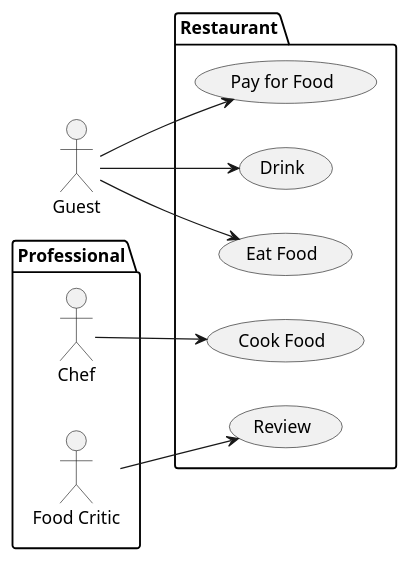
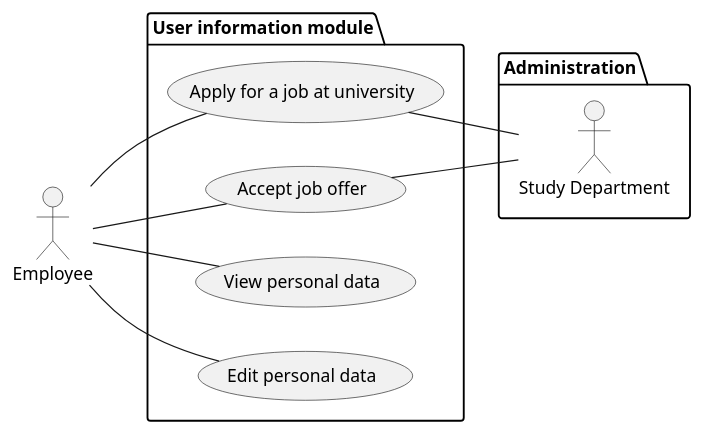
The third of 4 diagrams in seminar-work-template.md (martinlejko/NSWI041-Uvod-Sw-Ing), drawn with PlantUML before and after one commit. The commit also changed other lines of this file, not shown here.

````diff
--- a/seminar-work-template.md
+++ b/seminar-work-template.md
@@ -87,22 +262,24 @@
-```plantuml
 @startuml
 left to right direction
-actor Guest as g
-package Professional {
-  actor Chef as c
-  actor "Food Critic" as fc
+
+actor Employee as e
+
+package "Administration" {
+  actor "Study Department" as sd
 }
-package Restaurant {
-  usecase "Eat Food" as UC1
-  usecase "Pay for Food" as UC2
-  usecase "Drink" as UC3
-  usecase "Review" as UC4
-  usecase "Cook Food" as UC5
+
+package "User information module" {
+  usecase "Apply for a job at university" as Apply
+  usecase "Accept job offer" as AcceptOffer
+  usecase "View personal data" as ViewPersonalData
+  usecase "Edit personal data" as EditPersonalData
 }
-c --> UC5
-fc --> UC4
-g --> UC1
-g --> UC2
-g --> UC3
+
+Apply -- sd
+AcceptOffer -- sd
+e -- Apply
+e -- AcceptOffer
+e -- ViewPersonalData
+e -- EditPersonalData
+
 @enduml
-```
````
